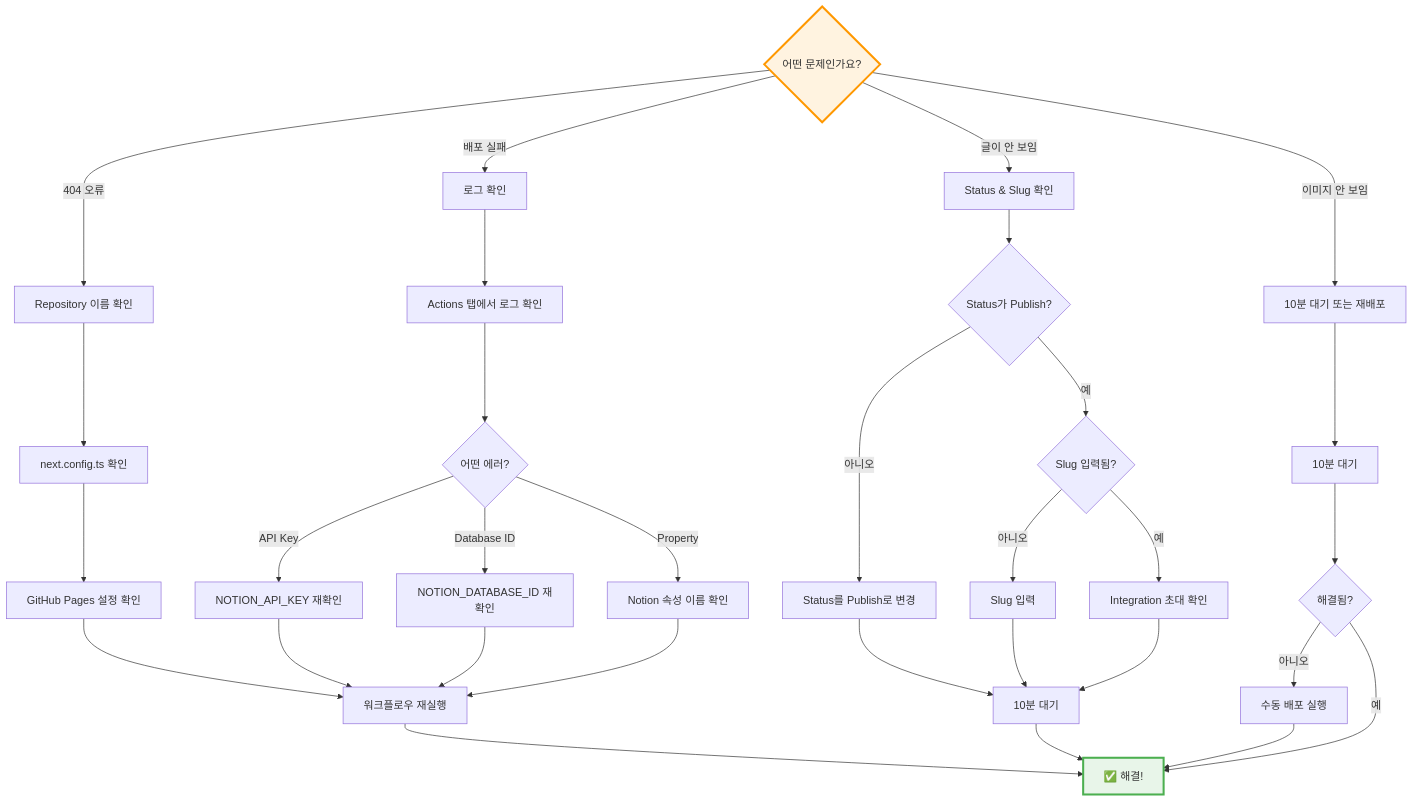
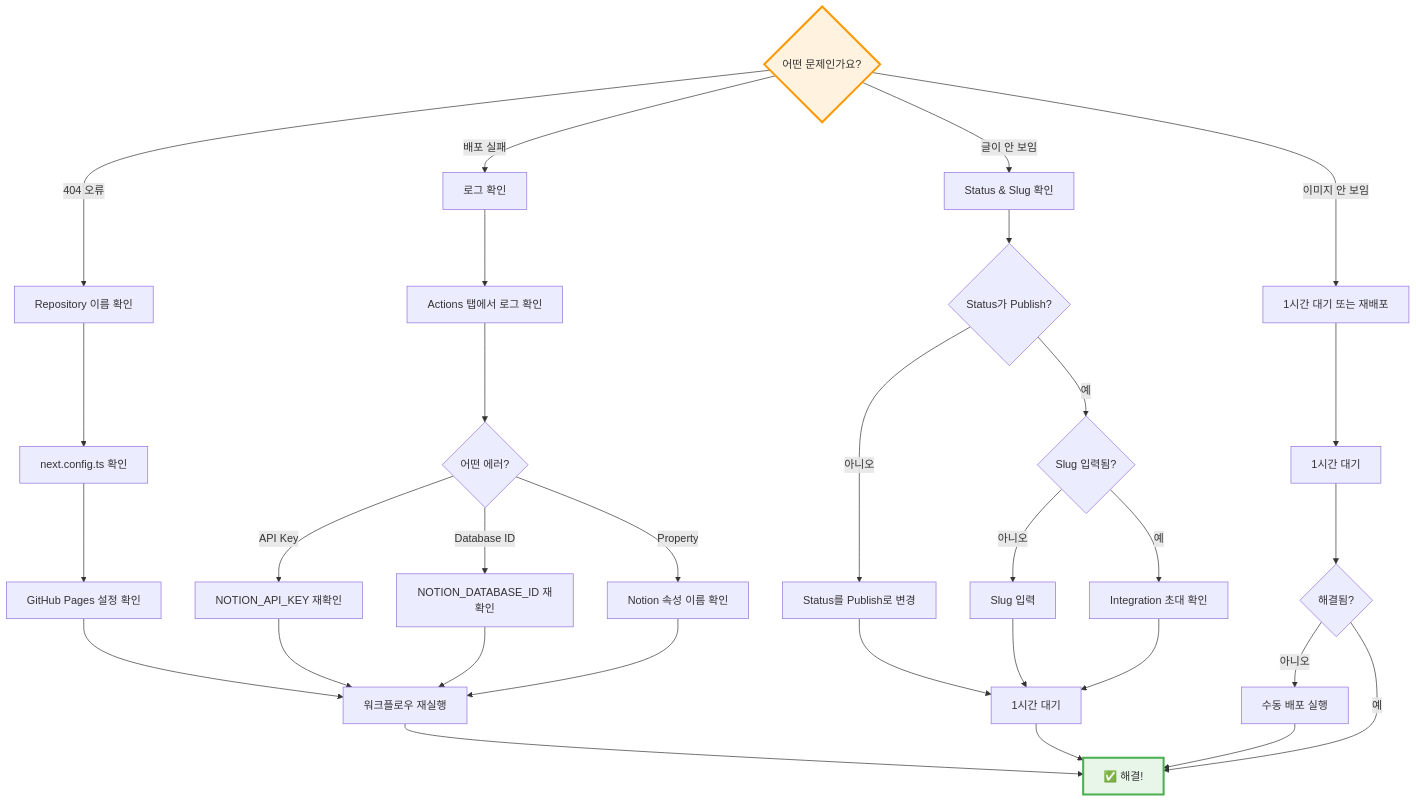
The seventh of 7 diagrams in docs/NON_DEVELOPER_GUIDE.md (freelife1191/nextjs-notion-blog), drawn with Mermaid before and after one commit. The commit also changed other lines of this file and 5 other files, not shown here.

````diff
--- a/docs/NON_DEVELOPER_GUIDE.md
+++ b/docs/NON_DEVELOPER_GUIDE.md
@@ -1249,42 +1249,42 @@
 ```mermaid
 graph TD
     Problem{어떤 문제인가요?}
     Problem -->|404 오류| Fix404[Repository 이름 확인]
     Problem -->|배포 실패| FixDeploy[로그 확인]
     Problem -->|글이 안 보임| FixPost[Status & Slug 확인]
-    Problem -->|이미지 안 보임| FixImage[10분 대기 또는 재배포]
+    Problem -->|이미지 안 보임| FixImage[1시간 대기 또는 재배포]
 
     Fix404 --> Check404_1[next.config.ts 확인]
     Check404_1 --> Check404_2[GitHub Pages 설정 확인]
     Check404_2 --> Redeploy[워크플로우 재실행]
 
     FixDeploy --> CheckLog[Actions 탭에서 로그 확인]
     CheckLog --> Error404{어떤 에러?}
     Error404 -->|API Key| FixAPI[NOTION_API_KEY 재확인]
     Error404 -->|Database ID| FixDB[NOTION_DATABASE_ID 재확인]
     Error404 -->|Property| FixProp[Notion 속성 이름 확인]
     FixAPI --> Redeploy
     FixDB --> Redeploy
     FixProp --> Redeploy
 
     FixPost --> CheckPublish{Status가 Publish?}
     CheckPublish -->|아니오| SetPublish[Status를 Publish로 변경]
     CheckPublish -->|예| CheckSlug{Slug 입력됨?}
     CheckSlug -->|아니오| AddSlug[Slug 입력]
     CheckSlug -->|예| CheckIntegration[Integration 초대 확인]
-    SetPublish --> WaitSync[10분 대기]
+    SetPublish --> WaitSync[1시간 대기]
     AddSlug --> WaitSync
     CheckIntegration --> WaitSync
 
-    FixImage --> WaitImage[10분 대기]
+    FixImage --> WaitImage[1시간 대기]
     WaitImage --> CheckImage{해결됨?}
     CheckImage -->|아니오| ManualDeploy[수동 배포 실행]
     CheckImage -->|예| Success
 
     Redeploy --> Success[✅ 해결!]
     WaitSync --> Success
     ManualDeploy --> Success
 
     style Problem fill:#fff3e0,stroke:#ff9800,stroke-width:3px
     style Success fill:#e8f5e9,stroke:#4caf50,stroke-width:3px
 ```
````
